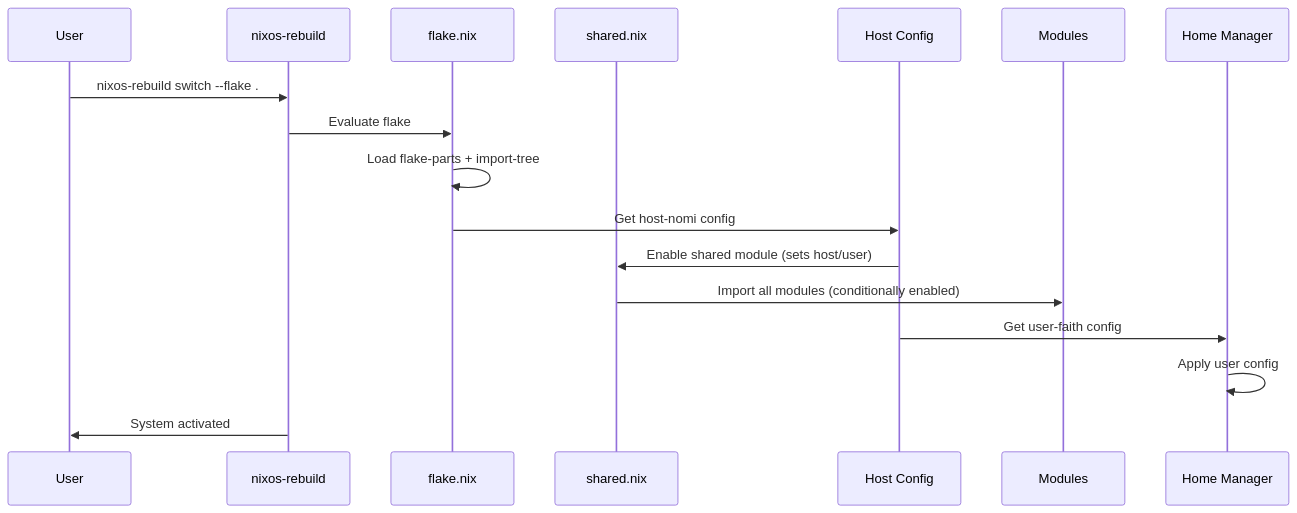
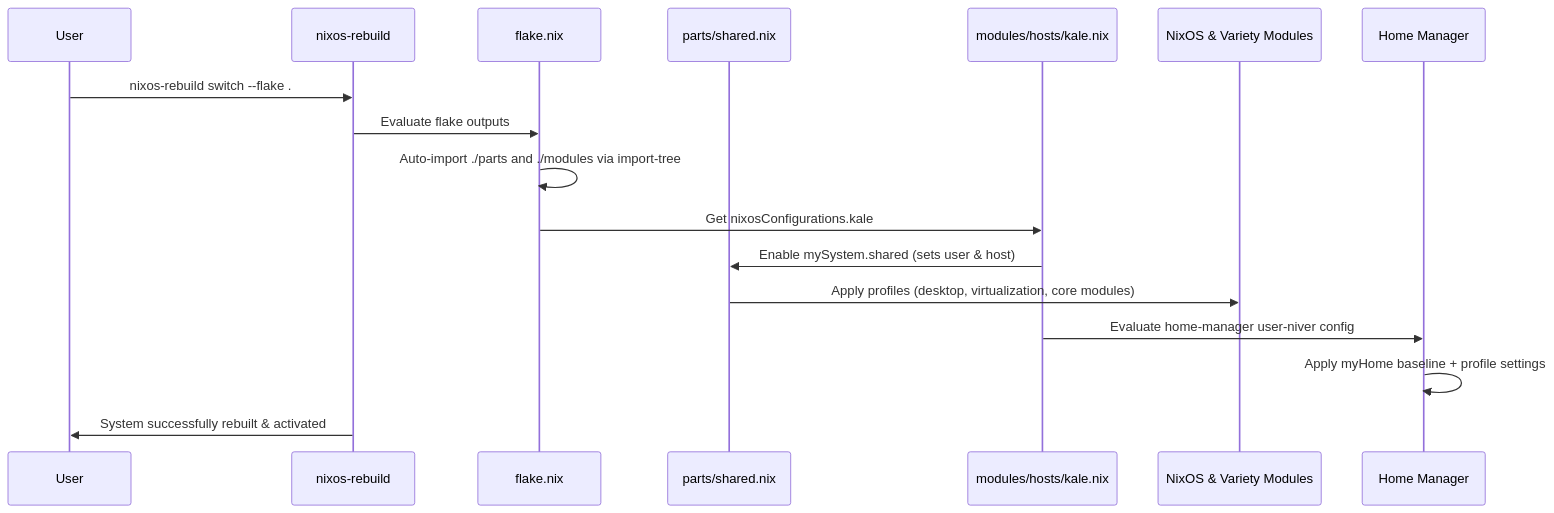
One commit to niversesu/infra changed the second of 2 diagrams in README.md. Above: the diagram before and after it, drawn with Mermaid. The commit also changed other lines of this file, not shown here.

Commit message:
docs: update README.md with accurate layout, stats, and modules

````diff
--- a/README.md
+++ b/README.md
@@ -145,20 +159,20 @@
 ```mermaid
 sequenceDiagram
     participant U as User
     participant N as nixos-rebuild
     participant F as flake.nix
-    participant S as shared.nix
-    participant H as Host Config
-    participant M as Modules
+    participant S as parts/shared.nix
+    participant H as modules/hosts/kale.nix
+    participant M as NixOS & Variety Modules
     participant HM as Home Manager
 
-    U->>N: nixos-rebuild switch --flake .#nomi
-    N->>F: Evaluate flake
-    F->>F: Load flake-parts + import-tree
-    F->>H: Get host-nomi config
-    H->>S: Enable shared module (sets host/user)
-    S->>M: Import all modules (conditionally enabled)
-    H->>HM: Get user-faith config
-    HM->>HM: Apply user config
-    N->>U: System activated
+    U->>N: nixos-rebuild switch --flake .#kale
+    N->>F: Evaluate flake outputs
+    F->>F: Auto-import ./parts and ./modules via import-tree
+    F->>H: Get nixosConfigurations.kale
+    H->>S: Enable mySystem.shared (sets user & host)
+    S->>M: Apply profiles (desktop, virtualization, core modules)
+    H->>HM: Evaluate home-manager user-niver config
+    HM->>HM: Apply myHome baseline + profile settings
+    N->>U: System successfully rebuilt & activated
 ```
````
